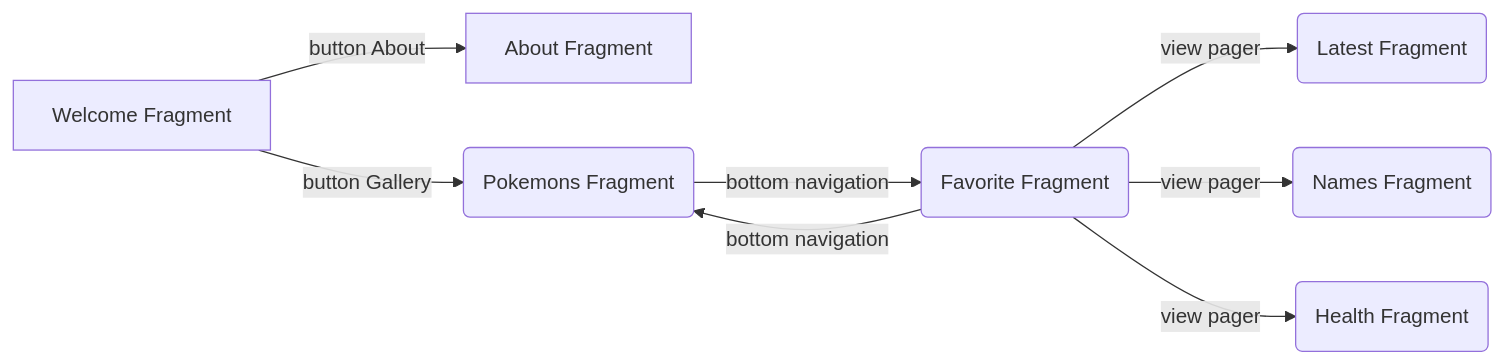
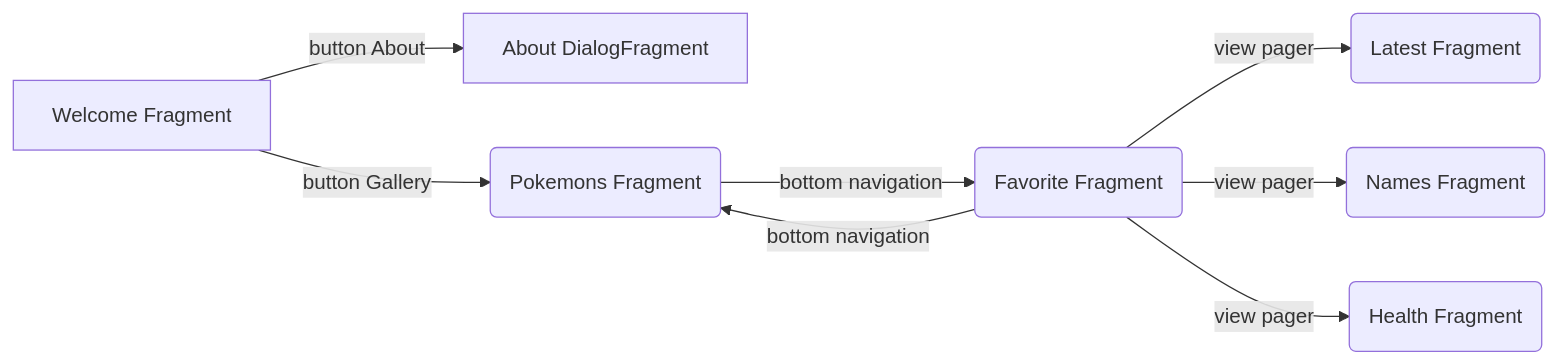
One commit to gazievDima/PokemonsApi changed the diagram in README.md. Above: the diagram before and after it, drawn with Mermaid.

````diff
--- a/README.md
+++ b/README.md
@@ -21,10 +21,10 @@
 ```mermaid
 graph LR
-A[Welcome Fragment] -- button About --> B[About Fragment]
+A[Welcome Fragment] -- button About --> B[About DialogFragment]
 A -- button Gallery --> C(Pokemons Fragment)
 C -- bottom navigation --> D(Favorite Fragment)
 D -- bottom navigation --> C
 D -- view pager --> L(Latest Fragment)
 D -- view pager --> N(Names Fragment)
 D -- view pager --> H(Health Fragment)
 ```
````
